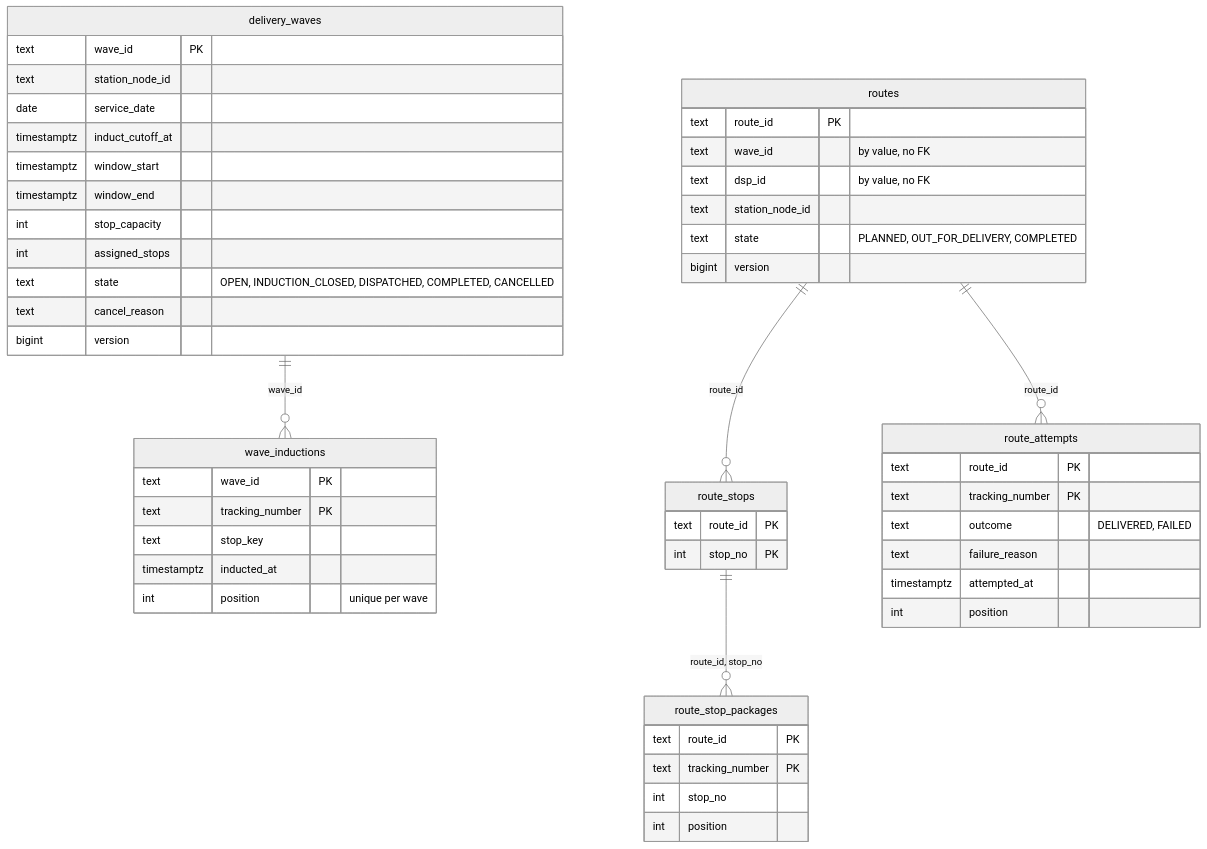
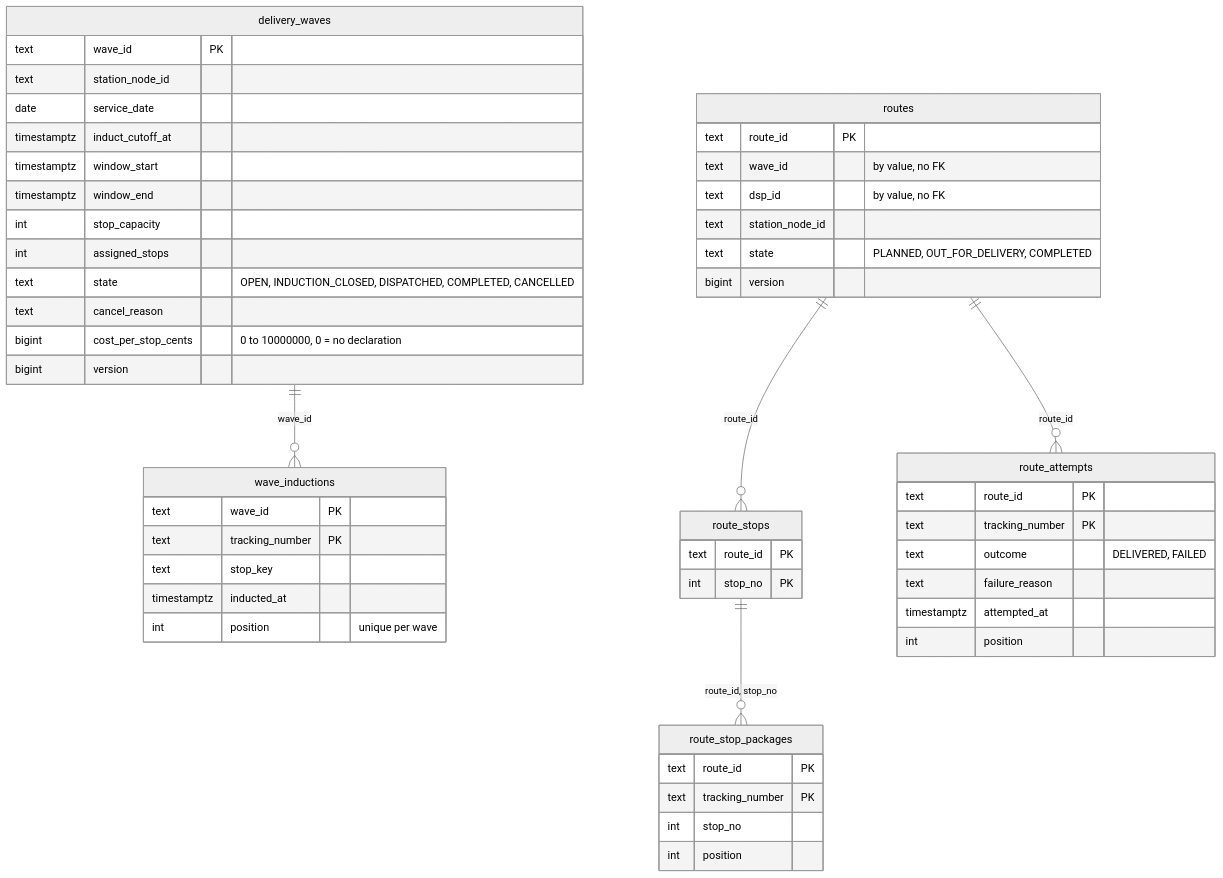
One commit to IQVO/last-mile-delivery changed the first of 5 diagrams in docs/docs/ddd/entity-relationship.md. Above: the diagram before and after it, drawn with Mermaid (neutral theme). The commit also changed other lines of this file and 3 other files, not shown here.

Commit message:
docs: document analytics tables and migrations 0002/0003 in ER page, runbook, architecture

````diff
--- a/docs/docs/ddd/entity-relationship.md
+++ b/docs/docs/ddd/entity-relationship.md
@@ -14,54 +19,55 @@
 ```mermaid
 erDiagram
     delivery_waves ||--o{ wave_inductions : "wave_id"
     routes ||--o{ route_stops : "route_id"
     route_stops ||--o{ route_stop_packages : "route_id, stop_no"
     routes ||--o{ route_attempts : "route_id"
 
     delivery_waves {
         text wave_id PK
         text station_node_id
         date service_date
         timestamptz induct_cutoff_at
         timestamptz window_start
         timestamptz window_end
         int stop_capacity
         int assigned_stops
         text state "OPEN, INDUCTION_CLOSED, DISPATCHED, COMPLETED, CANCELLED"
         text cancel_reason
+        bigint cost_per_stop_cents "0 to 10000000, 0 = no declaration"
         bigint version
     }
     wave_inductions {
         text wave_id PK
         text tracking_number PK
         text stop_key
         timestamptz inducted_at
         int position "unique per wave"
     }
     routes {
         text route_id PK
         text wave_id "by value, no FK"
         text dsp_id "by value, no FK"
         text station_node_id
         text state "PLANNED, OUT_FOR_DELIVERY, COMPLETED"
         bigint version
     }
     route_stops {
         text route_id PK
         int stop_no PK
     }
     route_stop_packages {
         text route_id PK
         text tracking_number PK
         int stop_no
         int position
     }
     route_attempts {
         text route_id PK
         text tracking_number PK
         text outcome "DELIVERED, FAILED"
         text failure_reason
         timestamptz attempted_at
         int position
     }
 ```
````
